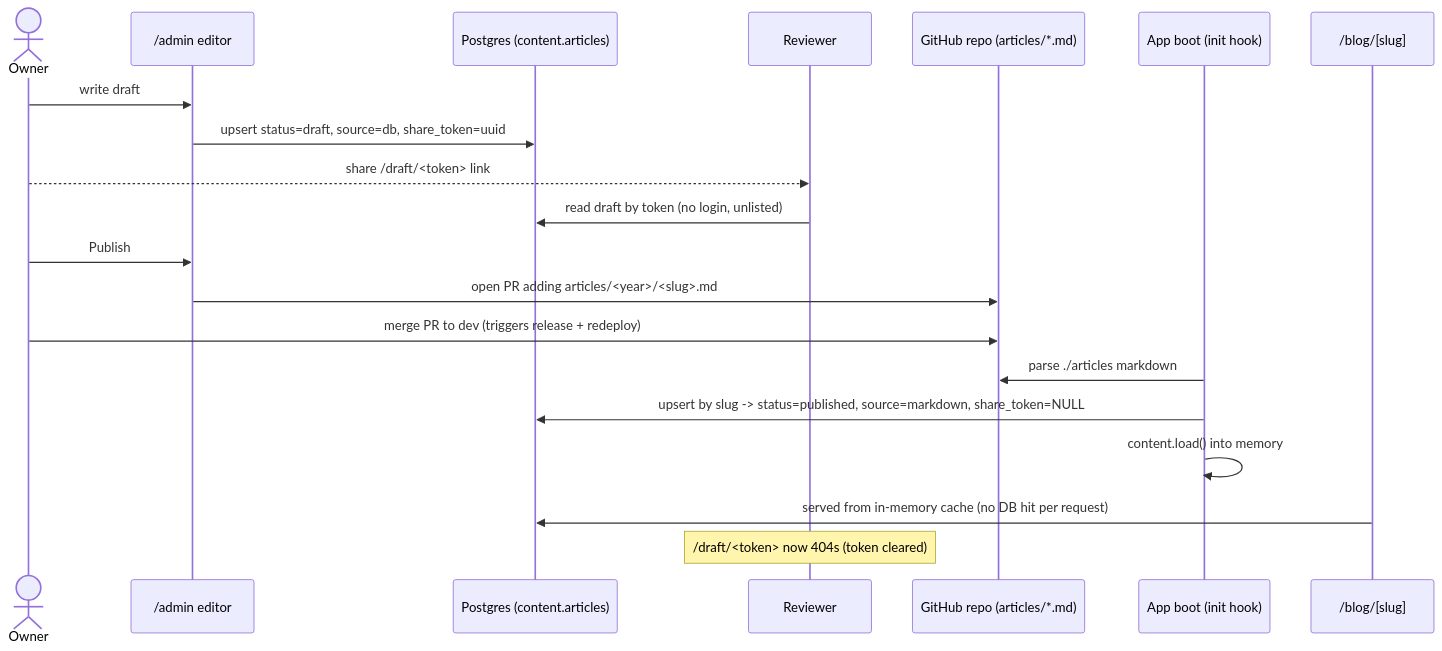
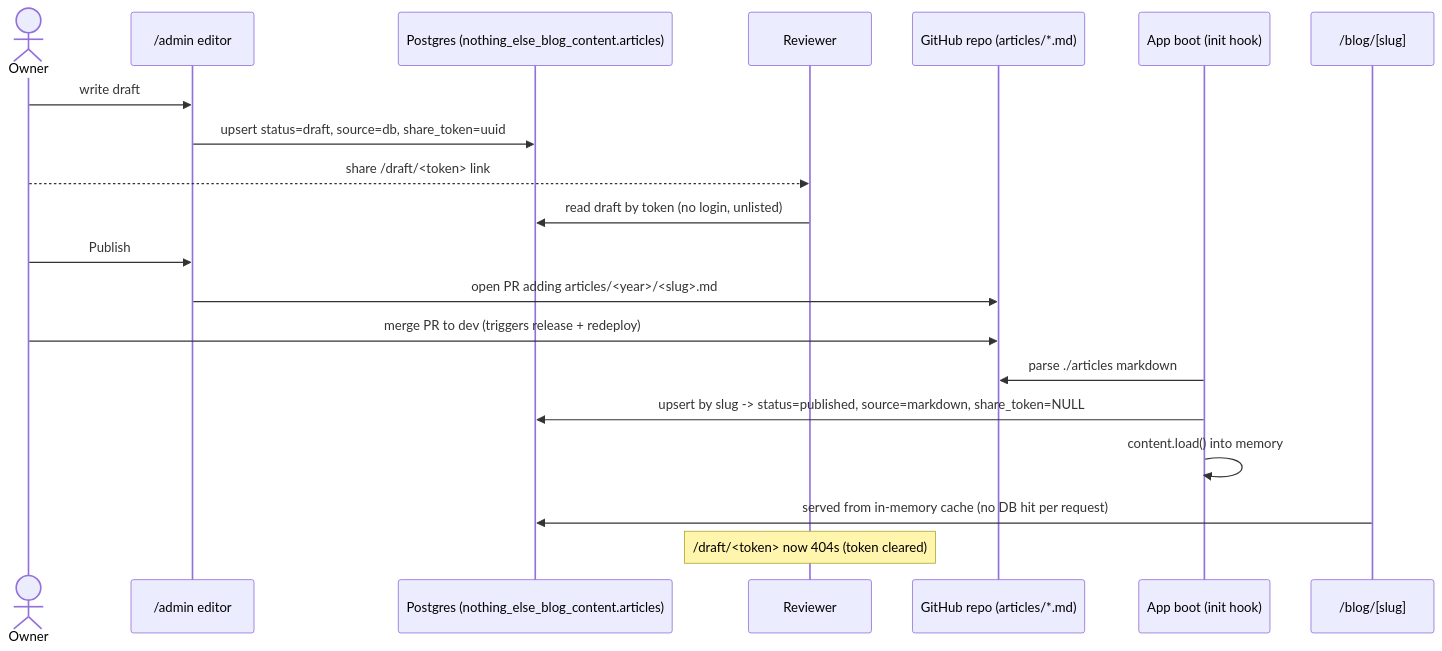
One commit to n0th1ng-else/n0th1ng-else.github.io changed the second of 2 diagrams in docs/0001-content-runtime-postgres.md. Above: the diagram before and after it, drawn with Mermaid. The commit also changed other lines of this file and 7 other files, not shown here.

First line of the commit message:
refactor(db): rename schema to nothing_else_blog_content

````diff
--- a/docs/0001-content-runtime-postgres.md
+++ b/docs/0001-content-runtime-postgres.md
@@ -66,23 +66,23 @@
 ```mermaid
 sequenceDiagram
   actor Owner
   participant Admin as /admin editor
-  participant DB as Postgres (content.articles)
+  participant DB as Postgres (nothing_else_blog_content.articles)
   participant Reviewer
   participant GH as GitHub repo (articles/*.md)
   participant Boot as App boot (init hook)
   participant Site as /blog/[slug]
 
   Owner->>Admin: write draft
   Admin->>DB: upsert status=draft, source=db, share_token=uuid
   Owner-->>Reviewer: share /draft/<token> link
   Reviewer->>DB: read draft by token (no login, unlisted)
   Owner->>Admin: Publish
   Admin->>GH: open PR adding articles/<year>/<slug>.md
   Owner->>GH: merge PR to dev (triggers release + redeploy)
   Boot->>GH: parse ./articles markdown
   Boot->>DB: upsert by slug -> status=published, source=markdown, share_token=NULL
   Boot->>Boot: content.load() into memory
   Site->>DB: served from in-memory cache (no DB hit per request)
   Note over Reviewer: /draft/<token> now 404s (token cleared)
 ```
````
